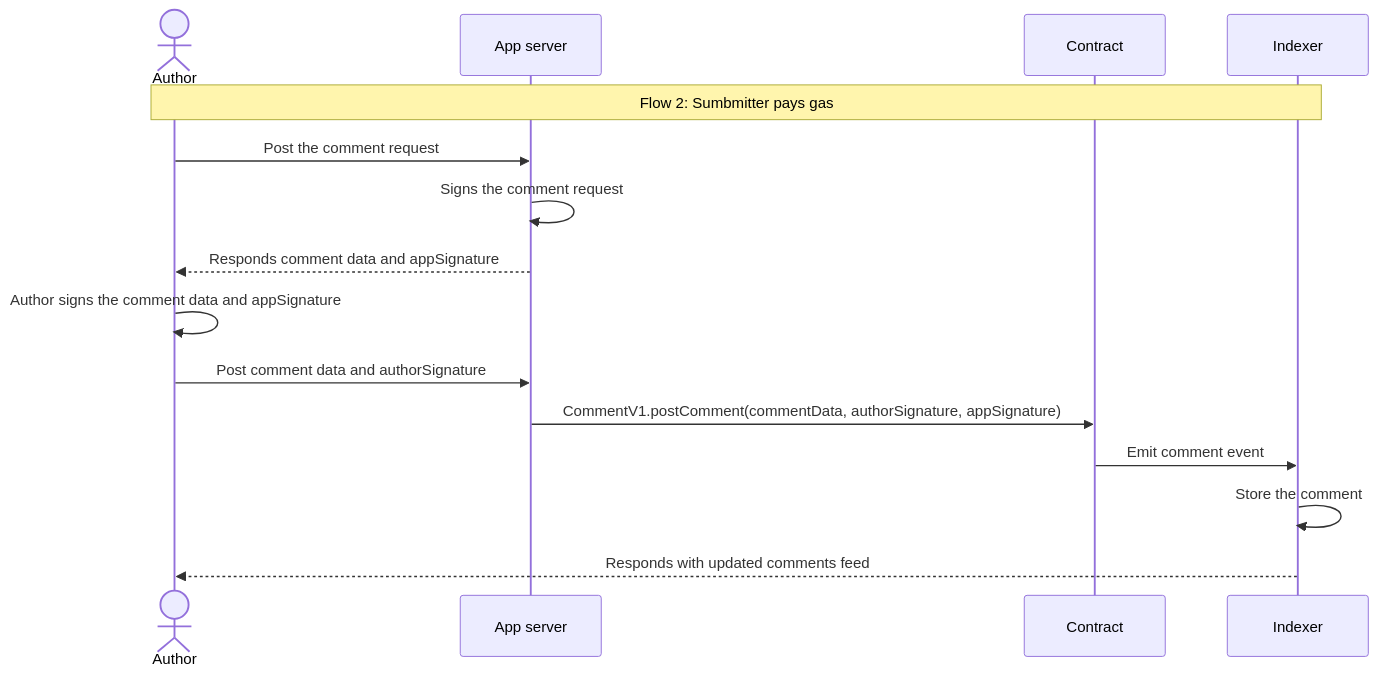
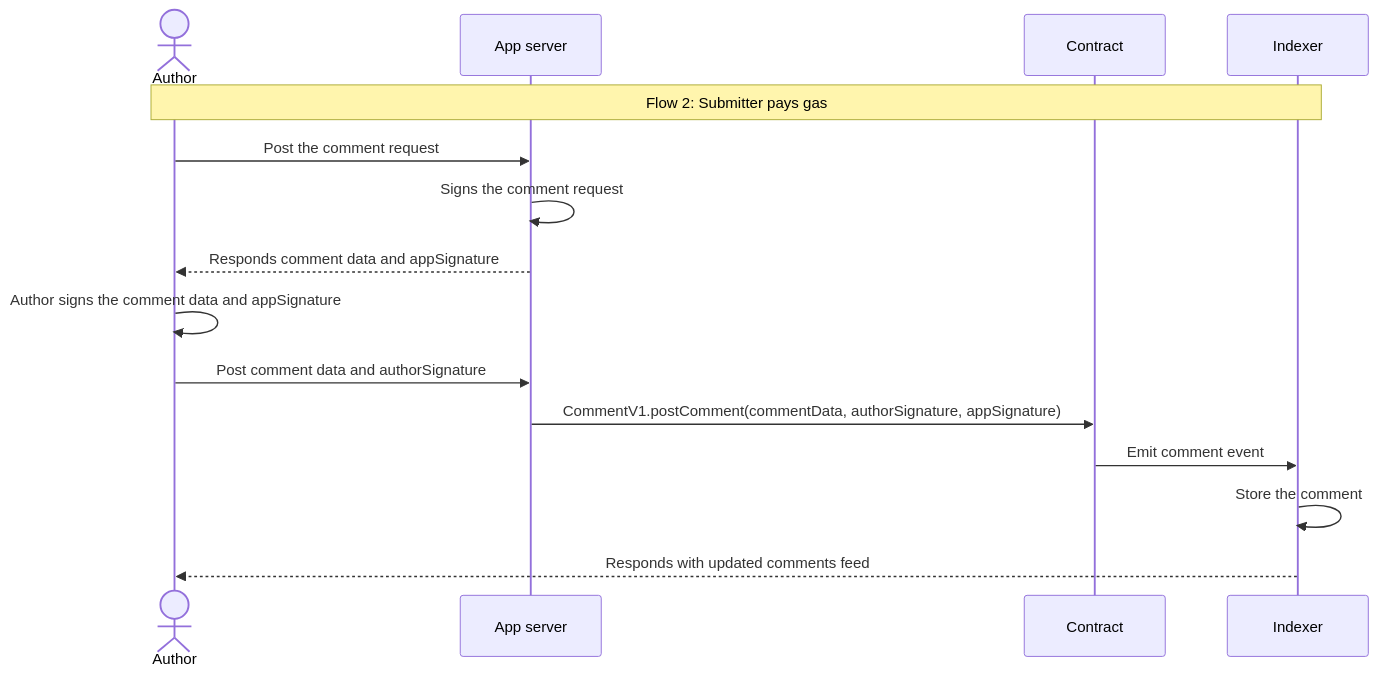
The second of 4 diagrams in docs/pages/post-comment-flows.mdx (ecp-eth/comments-monorepo), drawn with Mermaid before and after one commit. The commit also changed 7 other files, not shown here.

````diff
--- a/docs/pages/post-comment-flows.mdx
+++ b/docs/pages/post-comment-flows.mdx
@@ -52,19 +52,19 @@
 ```mermaid
 sequenceDiagram
     actor Author
     participant App server
     participant Contract
     participant Indexer
 
     %% Flow 3: Author pays gas
-    Note over Author,Indexer: Flow 2: Sumbmitter pays gas
+    Note over Author,Indexer: Flow 2: Submitter pays gas
     Author->>App server: Post the comment request
     App server->>App server: Signs the comment request
     App server-->>Author: Responds comment data and appSignature
     Author->>Author: Author signs the comment data and appSignature
     Author->>App server: Post comment data and authorSignature
     App server->>Contract: CommentV1.postComment(commentData, authorSignature, appSignature)
     Contract->>Indexer: Emit comment event
     Indexer->>Indexer: Store the comment
     Indexer-->>Author: Responds with updated comments feed
 ```
````
